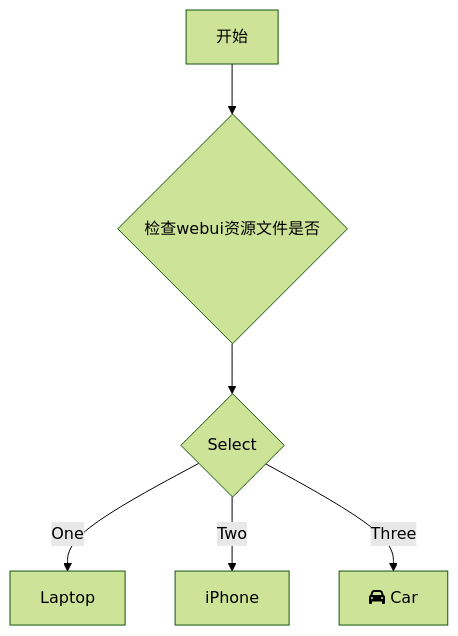
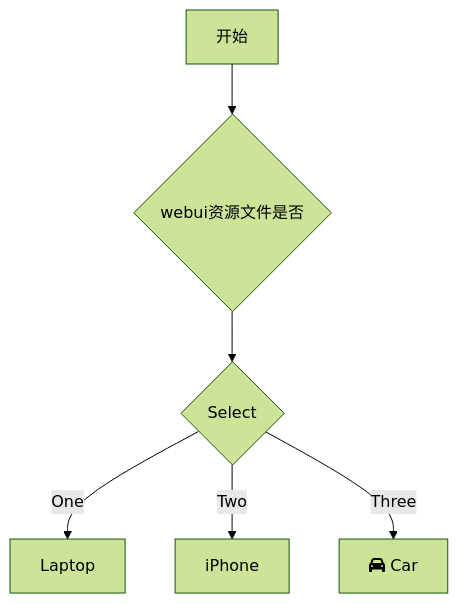
The diagram in all/未命名.md (HaleyCoder/iodraw-files), drawn with Mermaid (forest theme) before and after one commit.

Commit message:
2024-08-29 14:34:16 update

````diff
--- a/all/未命名.md
+++ b/all/未命名.md
@@ -1,9 +1,9 @@
 ```mermaid
 graph TD
-    A[开始] --> B{检查webui资源文件是否}
+    A[开始] --> B{webui资源文件是否}
     B --> C{Select}
     C -->|One| D[Laptop]
     C -->|Two| E[iPhone]
     C -->|Three| F[fa:fa-car Car]
   
 ```
````
